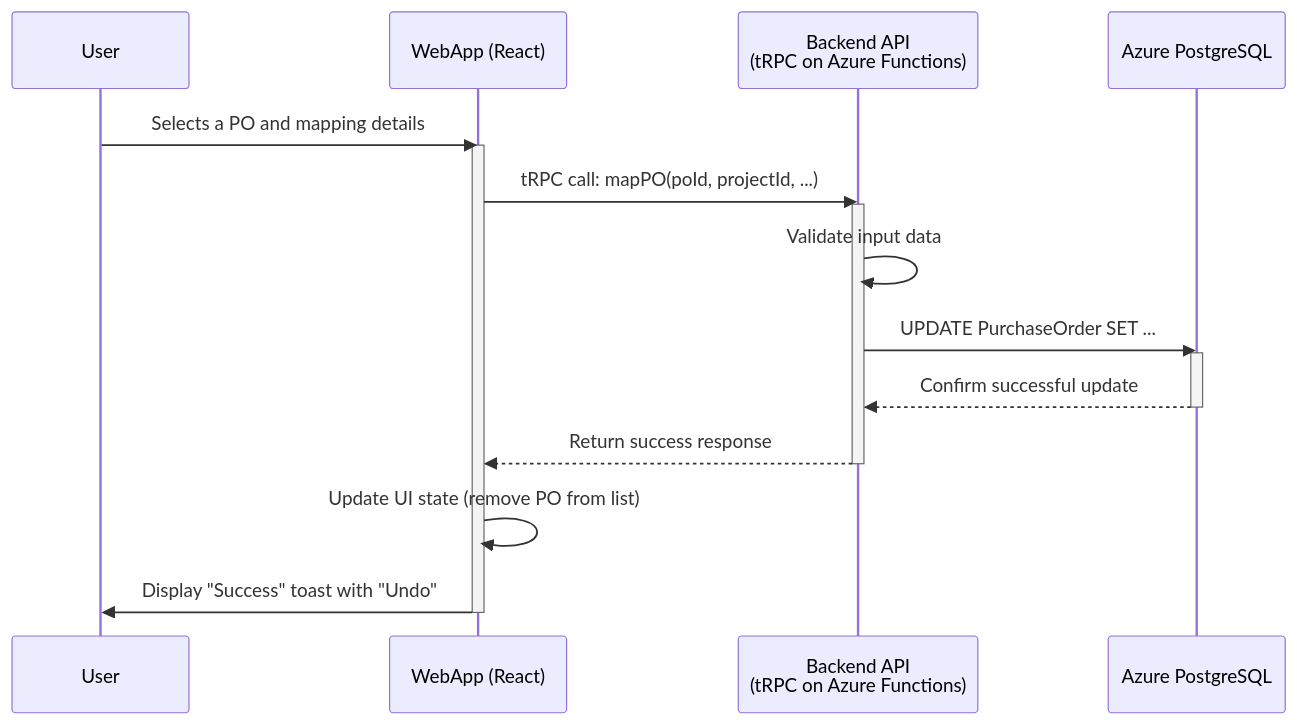
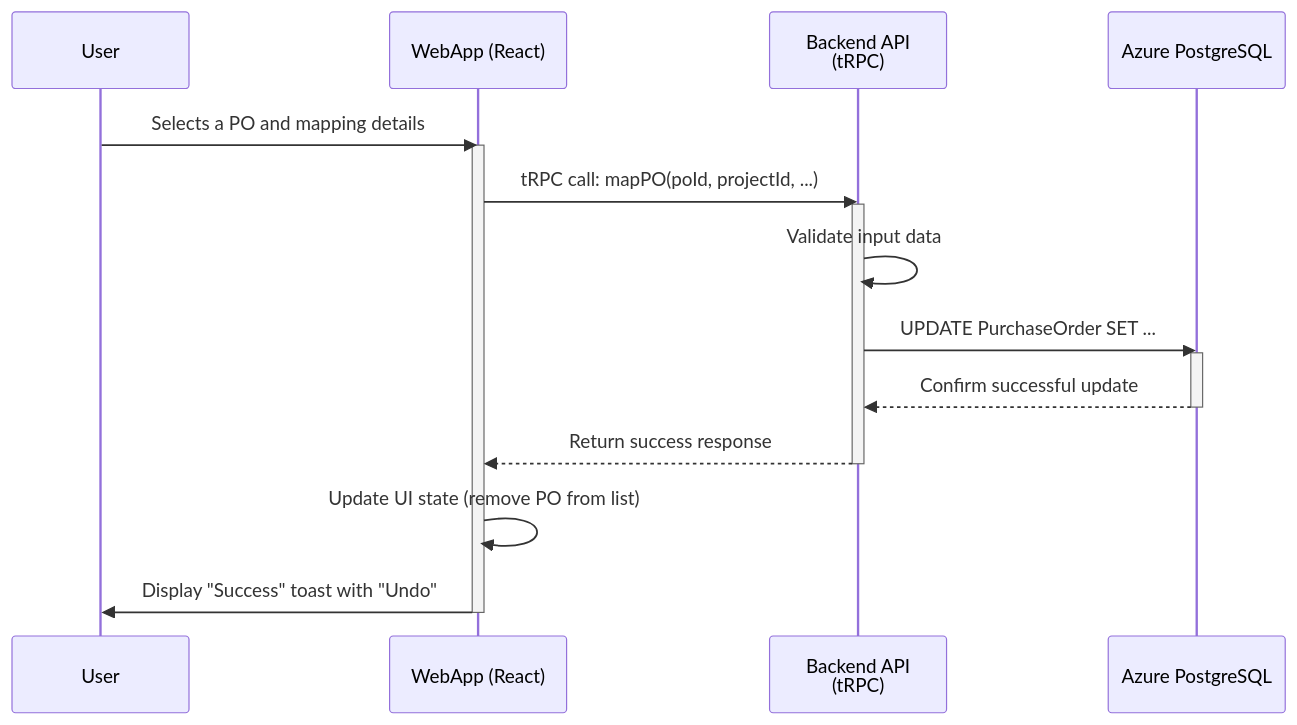
One commit to ihabwahbi/cost-management changed the sixth of 10 diagrams in docs/architecture.md. Above: the diagram before and after it, drawn with Mermaid. The commit also changed other lines of this file and 1 other file, not shown here.

Commit message:
Updated architecture doc complete and updated front end spec to include SLB branding

````diff
--- a/docs/architecture.md
+++ b/docs/architecture.md
@@ -299,22 +457,22 @@
 ```mermaid
 sequenceDiagram
     participant User
     participant WebApp as WebApp (React)
-    participant BackendAPI as Backend API <br> (tRPC on Azure Functions)
+    participant BackendAPI as Backend API <br> (tRPC)
     participant Database as Azure PostgreSQL
 
     User->>WebApp: Selects a PO and mapping details
     activate WebApp
     WebApp->>BackendAPI: tRPC call: mapPO(poId, projectId, ...)
     activate BackendAPI
     BackendAPI->>BackendAPI: Validate input data
     BackendAPI->>Database: UPDATE PurchaseOrder SET ...
     activate Database
     Database-->>BackendAPI: Confirm successful update
     deactivate Database
     BackendAPI-->>WebApp: Return success response
     deactivate BackendAPI
     WebApp->>WebApp: Update UI state (remove PO from list)
     WebApp->>User: Display "Success" toast with "Undo"
     deactivate WebApp
 ```
````
